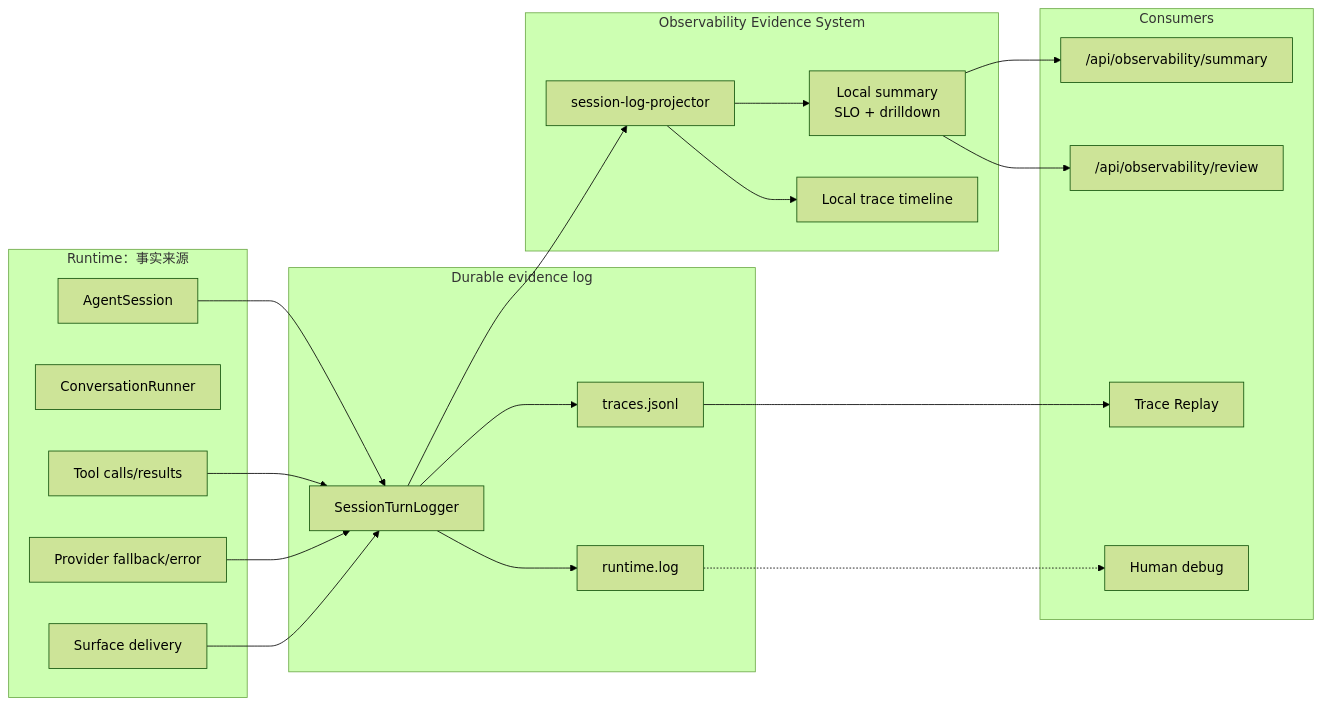
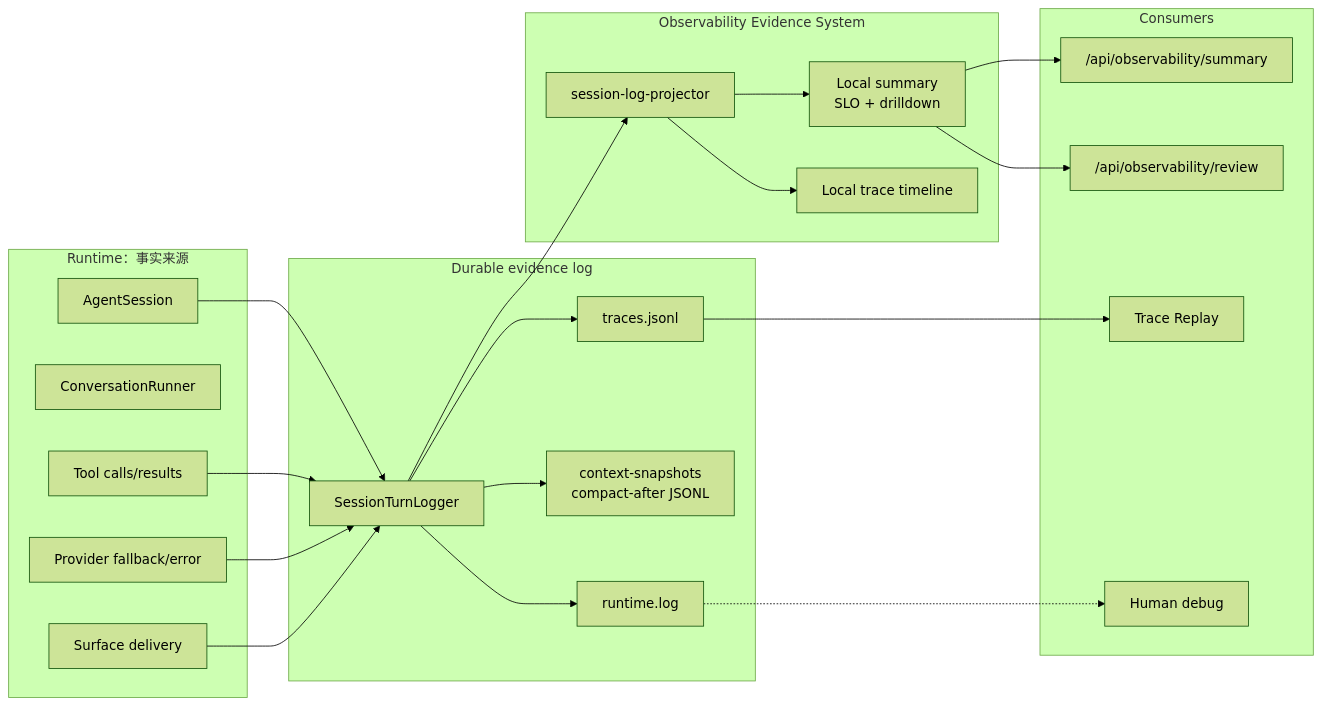
One commit to fightheyyy/XiaoBa-CLI changed the first of 2 diagrams in docs/observability-evidence/SPEC.md. Above: the diagram before and after it, drawn with Mermaid (forest theme). The commit also changed other lines of this file and 65 other files, not shown here.

````diff
--- a/docs/observability-evidence/SPEC.md
+++ b/docs/observability-evidence/SPEC.md
@@ -40,43 +40,45 @@
 ```mermaid
 flowchart LR
     subgraph Runtime["Runtime：事实来源"]
         Session["AgentSession"]
         Runner["ConversationRunner"]
         Tools["Tool calls/results"]
         Provider["Provider fallback/error"]
         Delivery["Surface delivery"]
     end
 
     subgraph Log["Durable evidence log"]
         Logger["SessionTurnLogger"]
         JSONL["traces.jsonl"]
+        Snapshots["context-snapshots<br/>compact-after JSONL"]
         RuntimeLog["runtime.log"]
     end
 
     subgraph Evidence["Observability Evidence System"]
         Projector["session-log-projector"]
         Summary["Local summary<br/>SLO + drilldown"]
         Trace["Local trace timeline"]
     end
 
     subgraph Consumers["Consumers"]
         Api["/api/observability/summary"]
         Review["/api/observability/review"]
         Replay["Trace Replay"]
         Maintainer["Human debug"]
     end
 
     Session --> Logger
     Tools --> Logger
     Provider --> Logger
     Delivery --> Logger
     Logger --> JSONL
+    Logger --> Snapshots
     Logger --> RuntimeLog
     Logger --> Projector
     Projector --> Summary
     Projector --> Trace
     Summary --> Api
     Summary --> Review
     JSONL --> Replay
     RuntimeLog -.-> Maintainer
 ```
````
